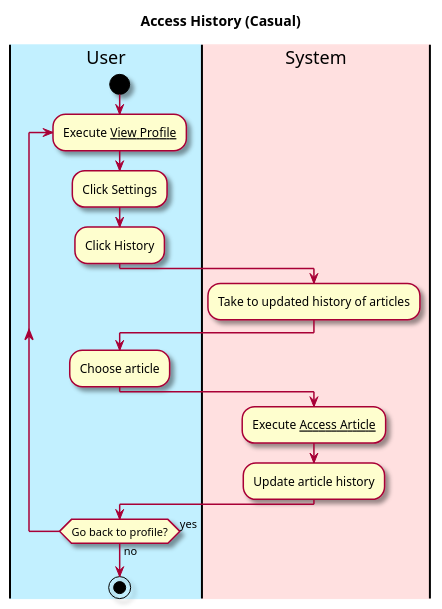
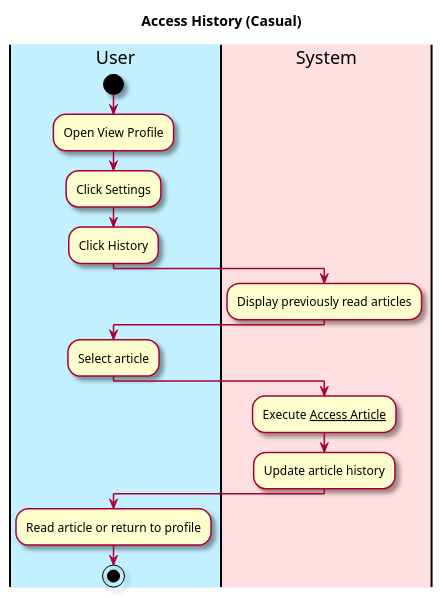
The diagram in intellij/doc/Functional Specification/access-history.md (owhitleym-ui/EcoScoop), drawn with PlantUML before and after one commit. The commit also changed 4 other files, not shown here.

Commit message:
Updated access-article access-history configure-settings react-article

````diff
--- a/intellij/doc/Functional Specification/access-history.md
+++ b/intellij/doc/Functional Specification/access-history.md
@@ -20,29 +20,32 @@
 ```plantuml
 @startuml
 
 skin rose
 
 title Access History (Casual)
 'define the lanes
 |#application|User|
 |#implementation|System|
 
 |User|
 start
-    repeat :Execute __View Profile__;
-        :Click Settings;
-        |User|
-        :Click History;
-        |System|
-        :Take to updated history of articles;
-        |User|
-        :Choose article;
-        |System|
-        :Execute __Access Article__;
-        :Update article history;
-        |User|
-        repeat while (Go back to profile?) is (yes) not (no)
+:Open View Profile;
+:Click Settings;
+:Click History;
+
+|System|
+:Display previously read articles;
+
+|User|
+:Select article;
+
+|System|
+:Execute __Access Article__;
+:Update article history;
+
+|User|
+:Read article or return to profile;
 
 stop
 @enduml
 ```
````
